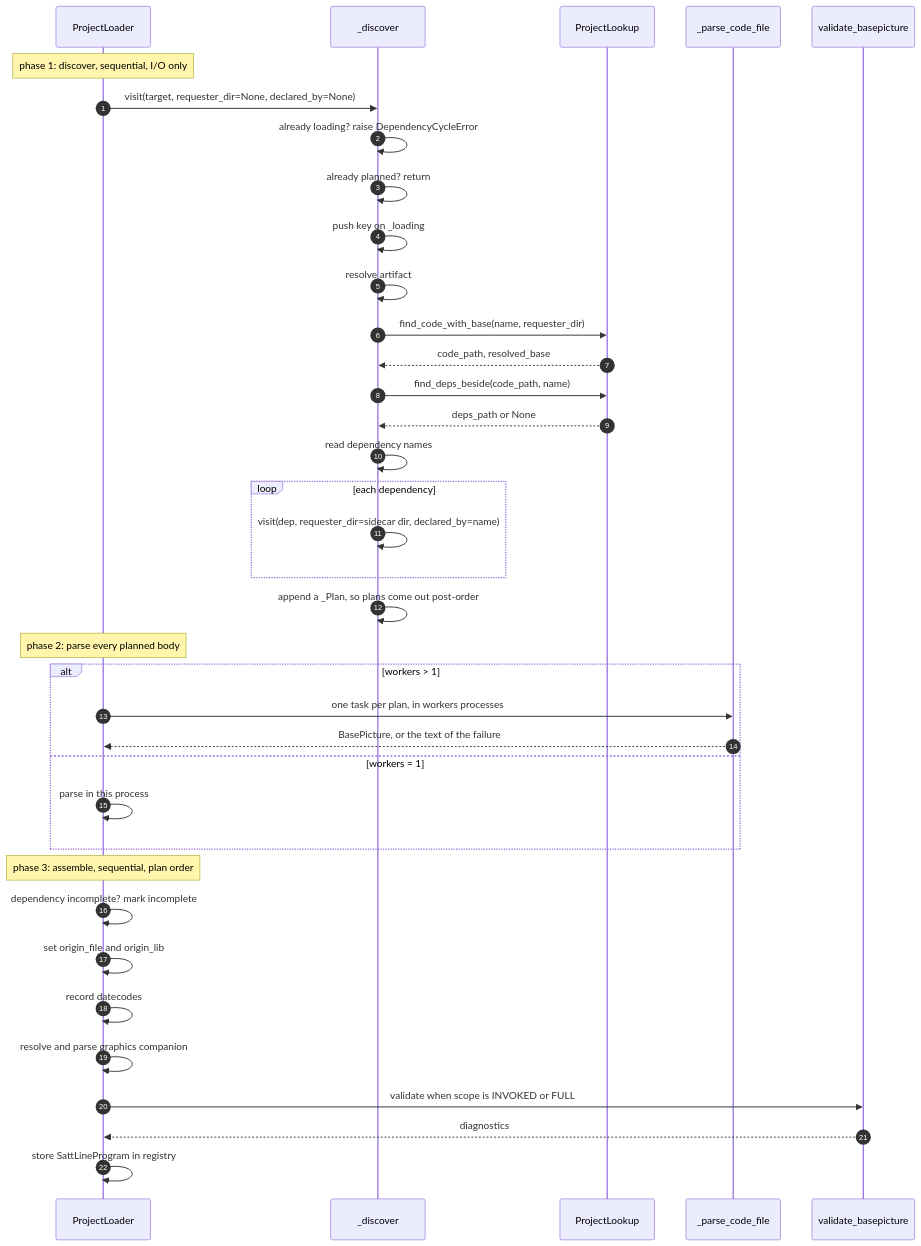
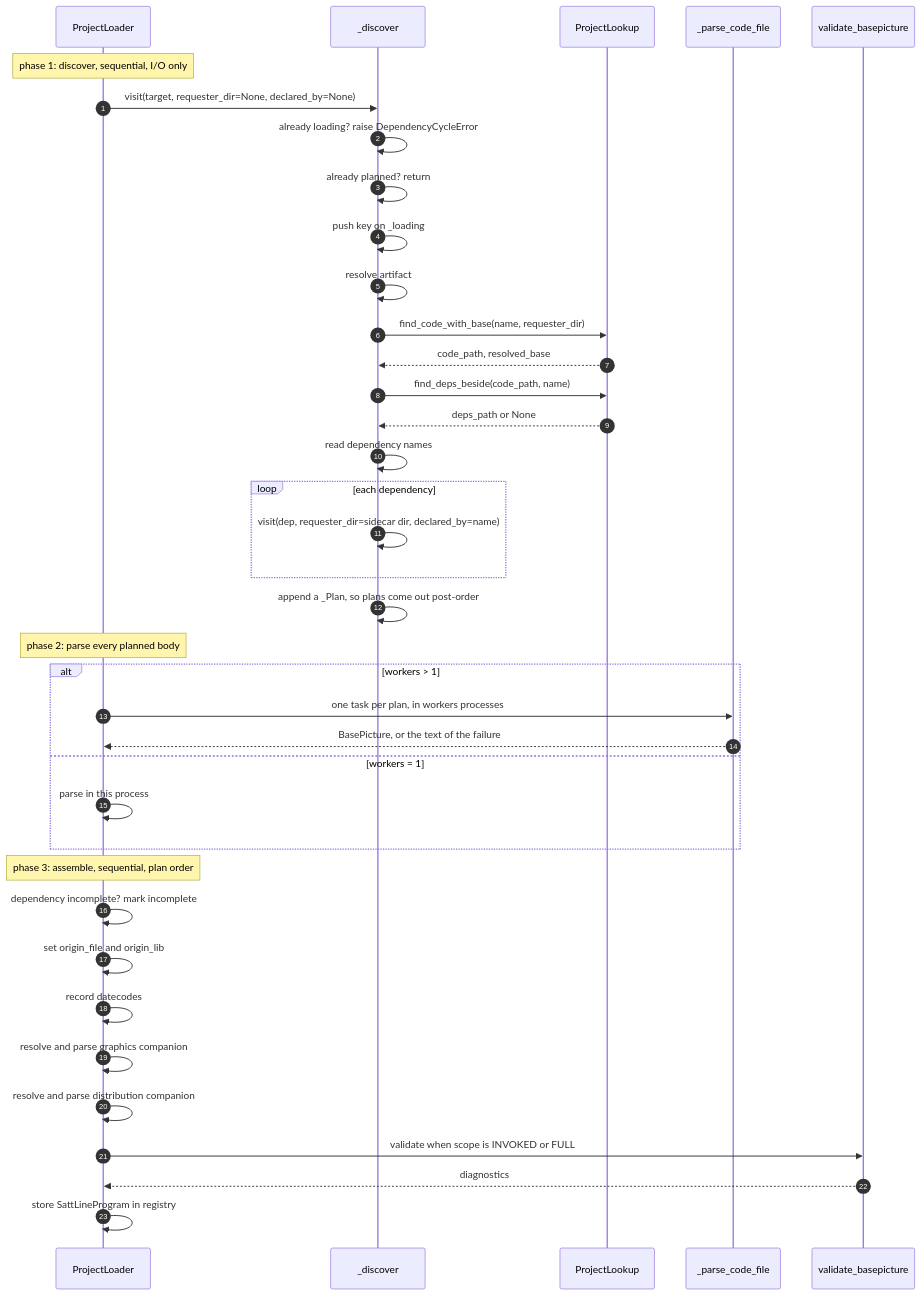
The third of 7 diagrams in docs/project.md (SorenHJohansen/sattline-parser), drawn with Mermaid before and after one commit. The commit also changed other lines of this file and 29 other files, not shown here.

````diff
--- a/docs/project.md
+++ b/docs/project.md
@@ -76,40 +94,41 @@
 ```mermaid
 sequenceDiagram
     autonumber
     participant L as ProjectLoader
     participant V as _discover
     participant F as ProjectLookup
     participant P as _parse_code_file
     participant VAL as validate_basepicture
 
     Note over L: phase 1: discover, sequential, I/O only
     L->>V: visit(target, requester_dir=None, declared_by=None)
     V->>V: already loading? raise DependencyCycleError
     V->>V: already planned? return
     V->>V: push key on _loading
     V->>V: resolve artifact
     V->>F: find_code_with_base(name, requester_dir)
     F-->>V: code_path, resolved_base
     V->>F: find_deps_beside(code_path, name)
     F-->>V: deps_path or None
     V->>V: read dependency names
     loop each dependency
         V->>V: visit(dep, requester_dir=sidecar dir, declared_by=name)
     end
     V->>V: append a _Plan, so plans come out post-order
     Note over L: phase 2: parse every planned body
     alt workers > 1
         L->>P: one task per plan, in workers processes
         P-->>L: BasePicture, or the text of the failure
     else workers = 1
         L->>L: parse in this process
     end
     Note over L: phase 3: assemble, sequential, plan order
     L->>L: dependency incomplete? mark incomplete
     L->>L: set origin_file and origin_lib
     L->>L: record datecodes
     L->>L: resolve and parse graphics companion
+    L->>L: resolve and parse distribution companion
     L->>VAL: validate when scope is INVOKED or FULL
     VAL-->>L: diagnostics
     L->>L: store SattLineProgram in registry
 ```
````
